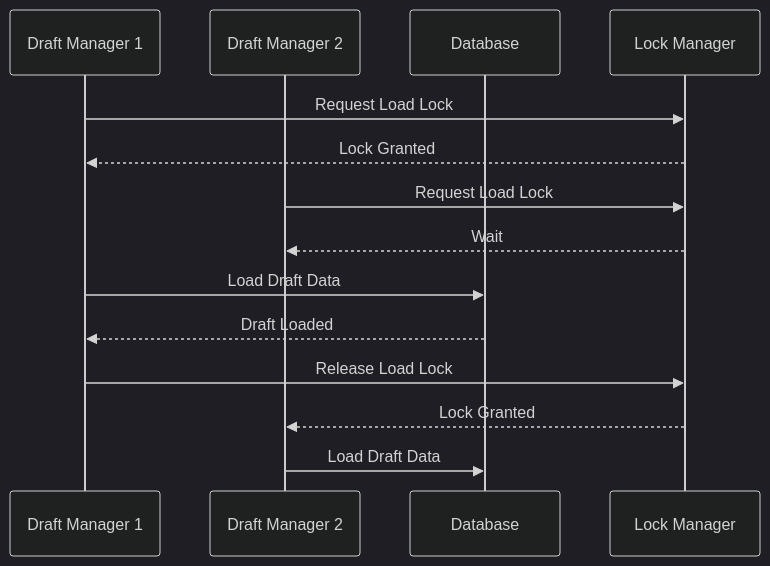
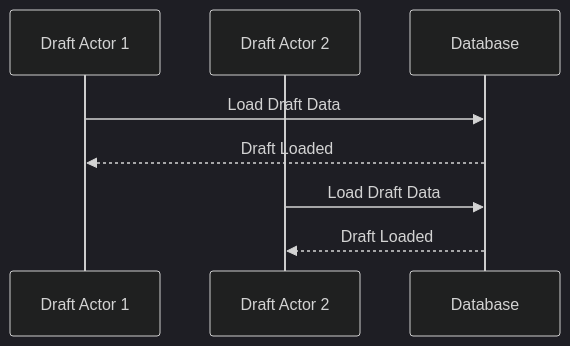
The seventh of 15 diagrams in docs/business-logic/draft-states-visual.md (squirlemaster42/fantasy-frc-web), drawn with Mermaid (dark theme) before and after one commit. The commit also changed other lines of this file and 28 other files, not shown here.

````diff
--- a/docs/business-logic/draft-states-visual.md
+++ b/docs/business-logic/draft-states-visual.md
@@ -138,19 +135,12 @@
 ```mermaid
 sequenceDiagram
-    participant D1 as Draft Manager 1
-    participant D2 as Draft Manager 2
+    participant D1 as Draft Actor 1
+    participant D2 as Draft Actor 2
     participant DB as Database
-    participant L as Lock Manager
-    
-    D1->>L: Request Load Lock
-    L-->>D1: Lock Granted
-    D2->>L: Request Load Lock
-    L-->>D2: Wait
-    
+
     D1->>DB: Load Draft Data
     DB-->>D1: Draft Loaded
-    D1->>L: Release Load Lock
-    
-    L-->>D2: Lock Granted
+
     D2->>DB: Load Draft Data
+    DB-->>D2: Draft Loaded
 ```
````
